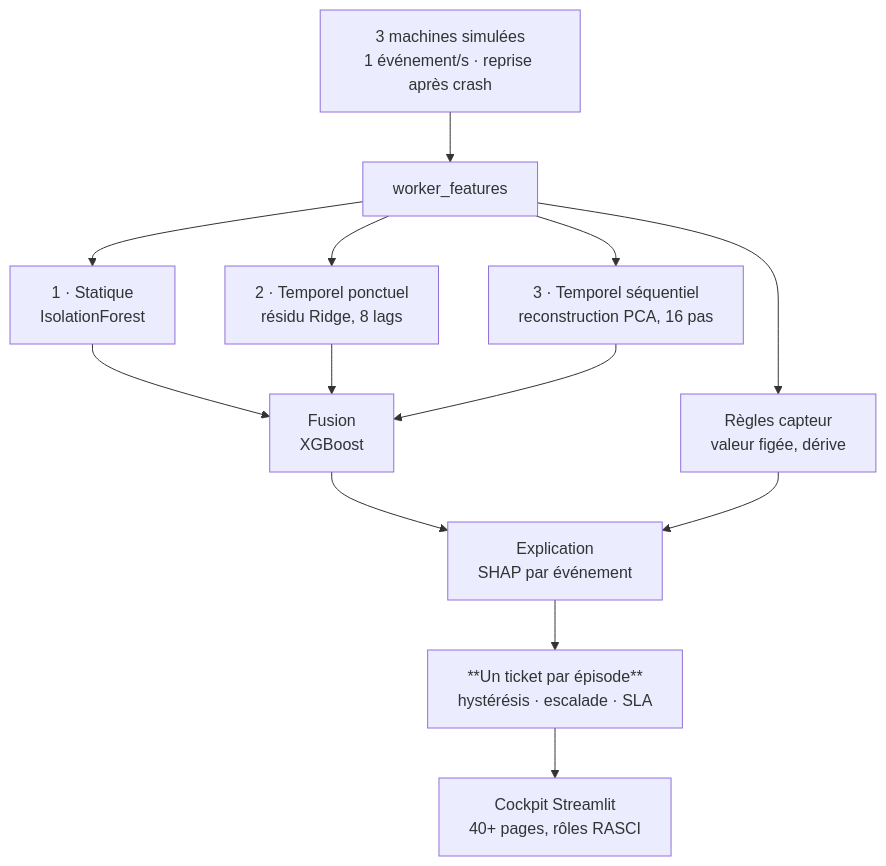
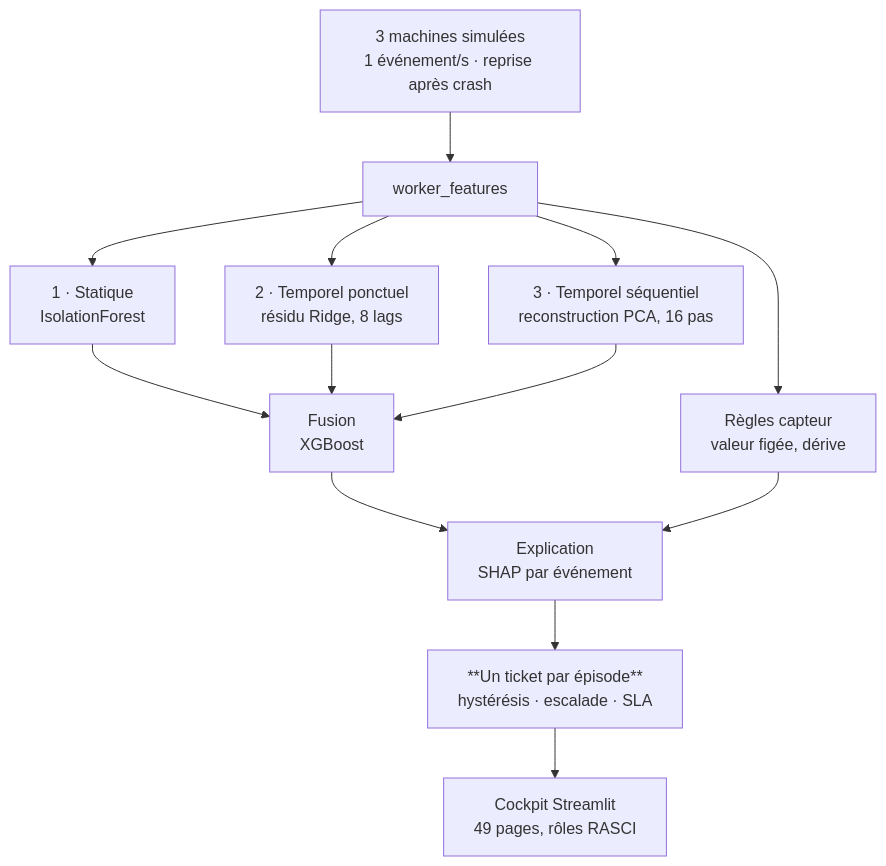
The diagram in vigilance/README.md (cyril-bgs-dev-tech/Portfolio), drawn with Mermaid before and after one commit. The commit also changed other lines of this file and 11 other files, not shown here.

````diff
--- a/vigilance/README.md
+++ b/vigilance/README.md
@@ -34,15 +34,15 @@
 ```mermaid
 flowchart TD
     A["3 machines simulées<br/>1 événement/s · reprise après crash"] --> B[worker_features]
     B --> C1["1 · Statique<br/>IsolationForest"]
     B --> C2["2 · Temporel ponctuel<br/>résidu Ridge, 8 lags"]
     B --> C3["3 · Temporel séquentiel<br/>reconstruction PCA, 16 pas"]
     B --> C4["Règles capteur<br/>valeur figée, dérive"]
     C1 --> D["Fusion<br/>XGBoost"]
     C2 --> D
     C3 --> D
     D --> E["Explication<br/>SHAP par événement"]
     C4 --> E
     E --> F["**Un ticket par épisode**<br/>hystérésis · escalade · SLA"]
-    F --> G["Cockpit Streamlit<br/>40+ pages, rôles RASCI"]
+    F --> G["Cockpit Streamlit<br/>49 pages, rôles RASCI"]
 ```
````
